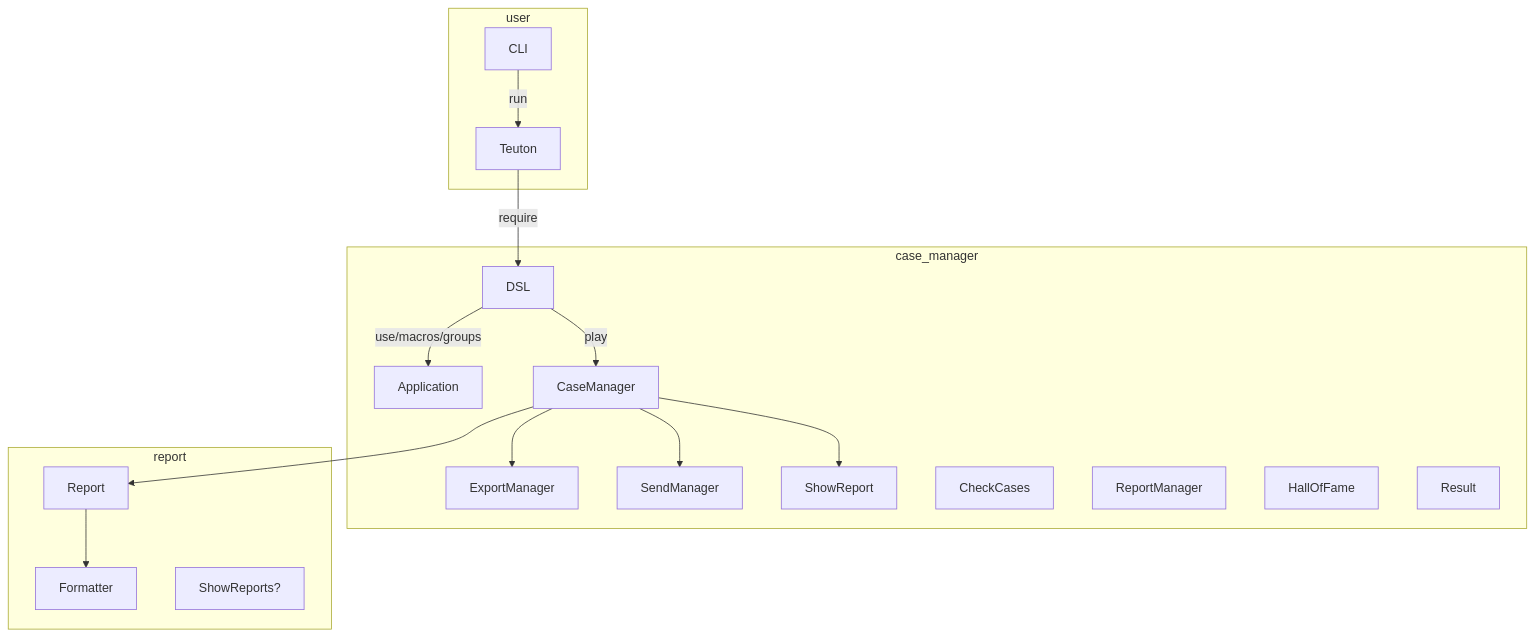
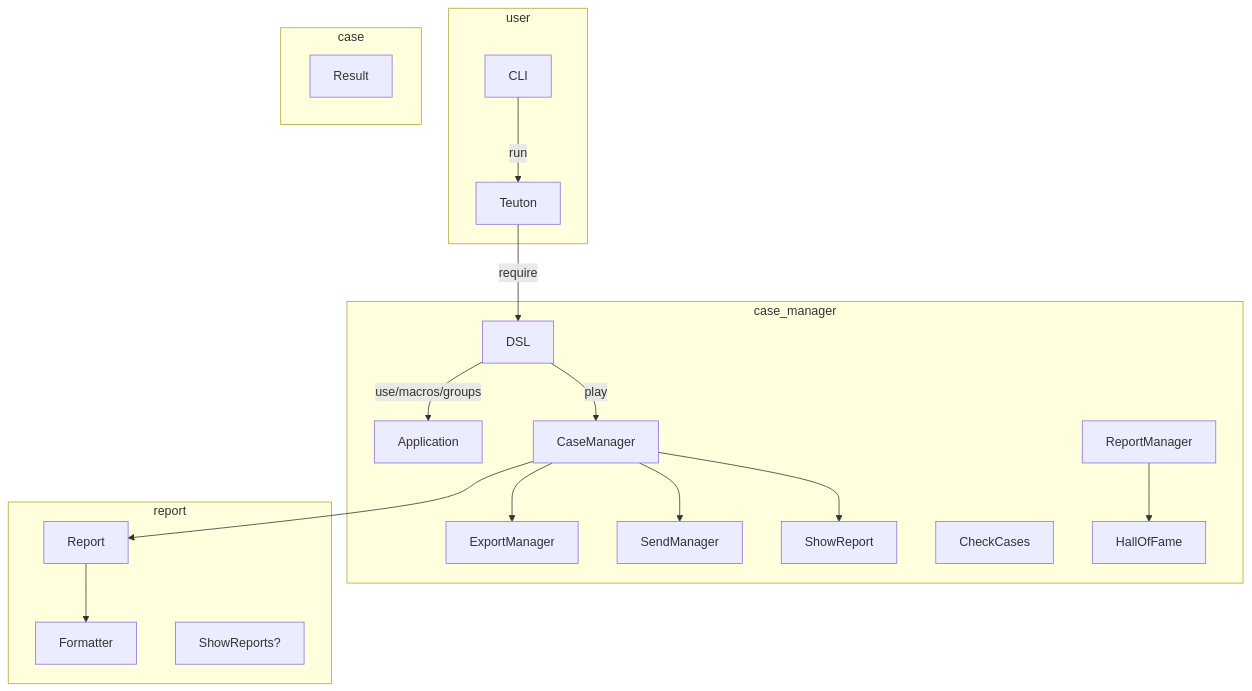
One commit to teuton-software/teuton changed the second of 2 diagrams in docs/diagram.md. Above: the diagram before and after it, drawn with Mermaid.

````diff
--- a/docs/diagram.md
+++ b/docs/diagram.md
@@ -43,27 +43,29 @@
 ```mermaid
 flowchart TB
 
 subgraph user
   CLI -- run --> Teuton
 end
 
 subgraph case_manager
   Teuton -- require --> DSL
   DSL -- use/macros/groups --> Application
   DSL -- play --> CaseManager
   CaseManager --> ExportManager
   CaseManager --> SendManager
   CaseManager --> ShowReport
   CheckCases
-  ReportManager
-  HallOfFame
+  ReportManager --> HallOfFame
+end
+
+subgraph case
   Result
 end
 
 subgraph report
   CaseManager --> Report
   Report --> Formatter
 
   ShowReports?
 end
 ```
````
